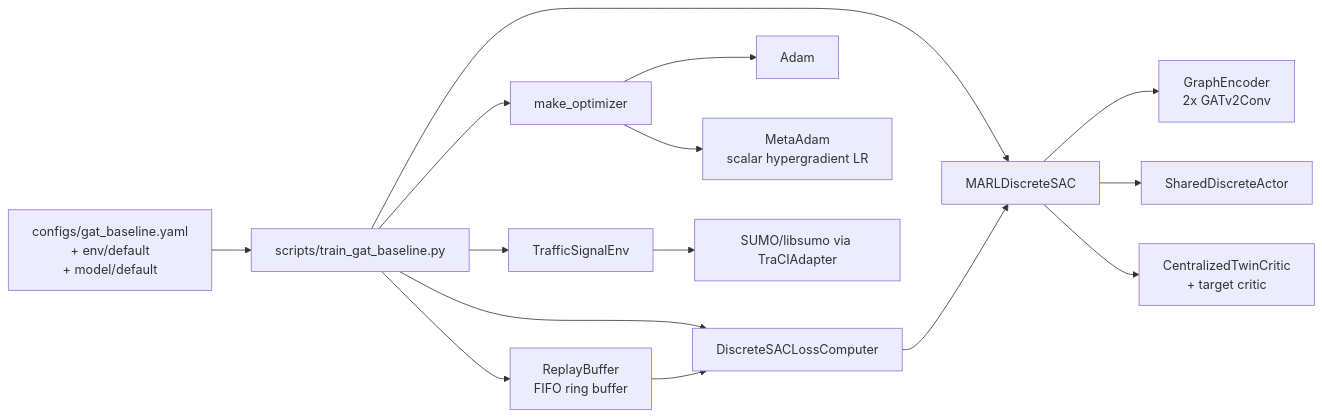
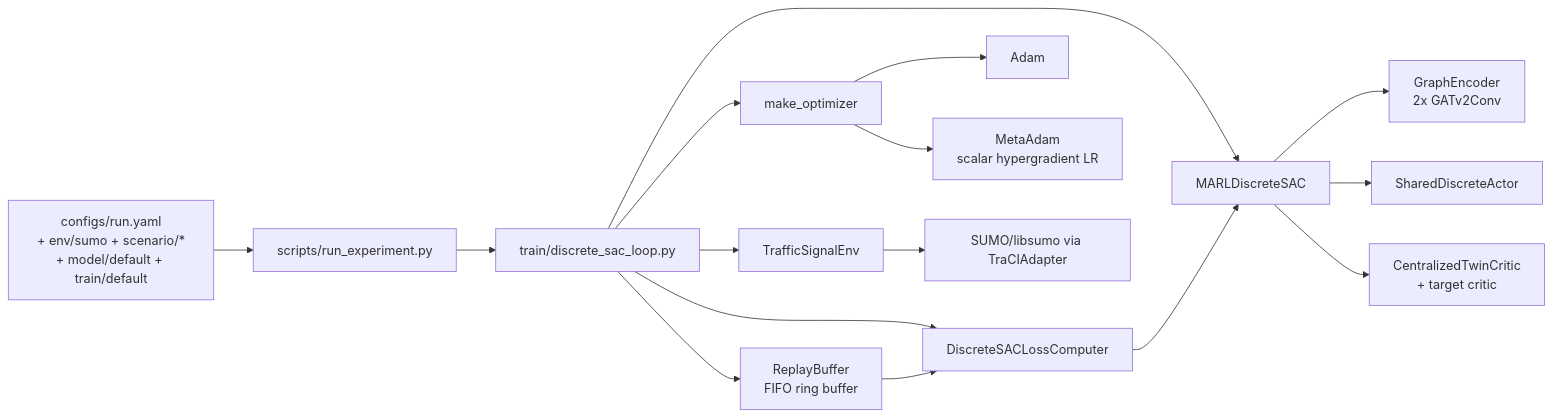
One commit to fuisl/marl changed the second of 14 diagrams in docs/marl_env_diagrams.md. Above: the diagram before and after it, drawn with Mermaid. The commit also changed other lines of this file and 22 other files, not shown here.

````diff
--- a/docs/marl_env_diagrams.md
+++ b/docs/marl_env_diagrams.md
@@ -81,20 +82,21 @@
 ```mermaid
 flowchart LR
-  Cfg[configs/gat_baseline.yaml\n+ env/default\n+ model/default] --> Train[scripts/train_gat_baseline.py]
-  Train --> Env[TrafficSignalEnv]
-  Train --> Agent[MARLDiscreteSAC]
-  Train --> Loss[DiscreteSACLossComputer]
-  Train --> RB[ReplayBuffer\nFIFO ring buffer]
-  Train --> Opt[make_optimizer]
+  Cfg[configs/run.yaml\n+ env/sumo + scenario/*\n+ model/default + train/default] --> Train[scripts/run_experiment.py]
+  Train --> Loop[train/discrete_sac_loop.py]
+  Loop --> Env[TrafficSignalEnv]
+  Loop --> Agent[MARLDiscreteSAC]
+  Loop --> Loss[DiscreteSACLossComputer]
+  Loop --> RB[ReplayBuffer\nFIFO ring buffer]
+  Loop --> Opt[make_optimizer]
 
   Agent --> Enc[GraphEncoder\n2x GATv2Conv]
   Agent --> Act[SharedDiscreteActor]
   Agent --> Crit[CentralizedTwinCritic\n+ target critic]
 
   Opt --> Adam[Adam]
   Opt --> Meta[MetaAdam\nscalar hypergradient LR]
 
   Env --> SUMO[SUMO/libsumo via TraCIAdapter]
   Loss --> Agent
   RB --> Loss
 ```
````
